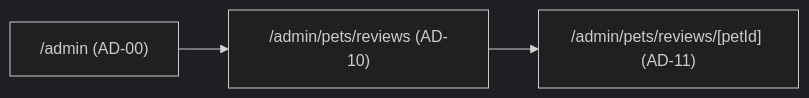
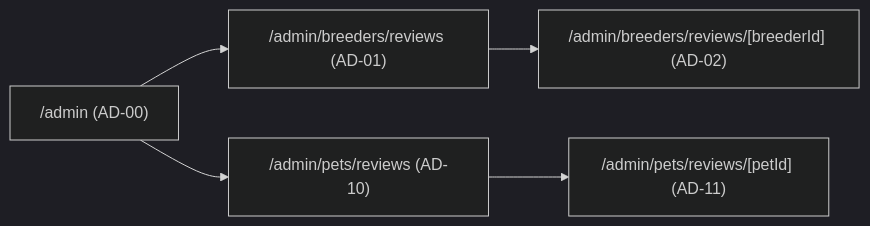
One commit to koji-isono/WithTama changed the sixth of 6 diagrams in docs/04_画面設計/README.md. Above: the diagram before and after it, drawn with Mermaid (dark theme). The commit also changed other lines of this file and 11 other files, not shown here.

````diff
--- a/docs/04_画面設計/README.md
+++ b/docs/04_画面設計/README.md
@@ -250,5 +299,13 @@
 ```mermaid
 flowchart LR
-  adminRoot["/admin (AD-00)"] --> reviewList["/admin/pets/reviews (AD-10)"]
-  reviewList --> reviewDetail["/admin/pets/reviews/[petId] (AD-11)"]
+  adminRoot["/admin (AD-00)"]
+  breederReviewList["/admin/breeders/reviews (AD-01)"]
+  breederReviewDetail["/admin/breeders/reviews/[breederId] (AD-02)"]
+  reviewList["/admin/pets/reviews (AD-10)"]
+  reviewDetail["/admin/pets/reviews/[petId] (AD-11)"]
+
+  adminRoot --> breederReviewList
+  breederReviewList --> breederReviewDetail
+  adminRoot --> reviewList
+  reviewList --> reviewDetail
 ```
````
